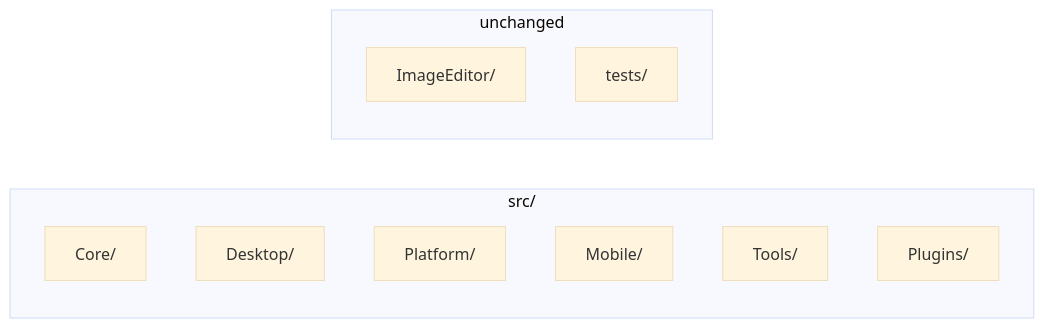
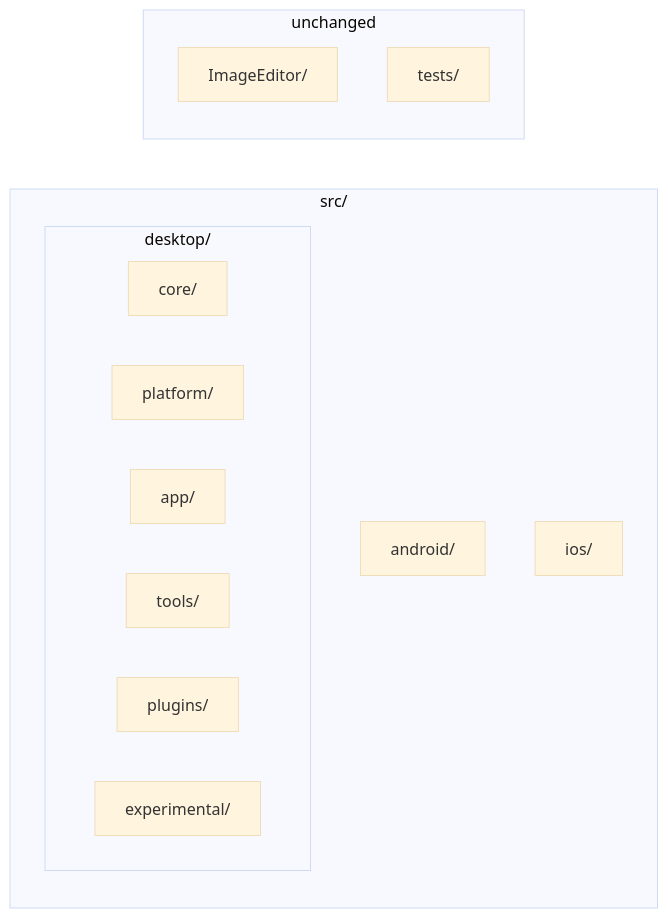
One commit to ShareX/XerahS changed the diagram in tasks/XIP0036_src_restructure.md. Above: the diagram before and after it, drawn with Mermaid (base theme). The commit also changed other lines of this file, not shown here.

````diff
--- a/tasks/XIP0036_src_restructure.md
+++ b/tasks/XIP0036_src_restructure.md
@@ -27,15 +27,19 @@
 ```mermaid
 flowchart LR
   subgraph src [src/]
-    Core[Core/]
-    Desktop[Desktop/]
-    Platform[Platform/]
-    Mobile[Mobile/]
-    Tools[Tools/]
-    Plugins[Plugins/]
+    subgraph desktop [desktop/]
+      core[core/]
+      platform[platform/]
+      app[app/]
+      tools[tools/]
+      plugins[plugins/]
+      experimental[experimental/]
+    end
+    android[android/]
+    ios[ios/]
   end
   subgraph root [unchanged]
     IE[ImageEditor/]
     tests[tests/]
   end
 ```
````
